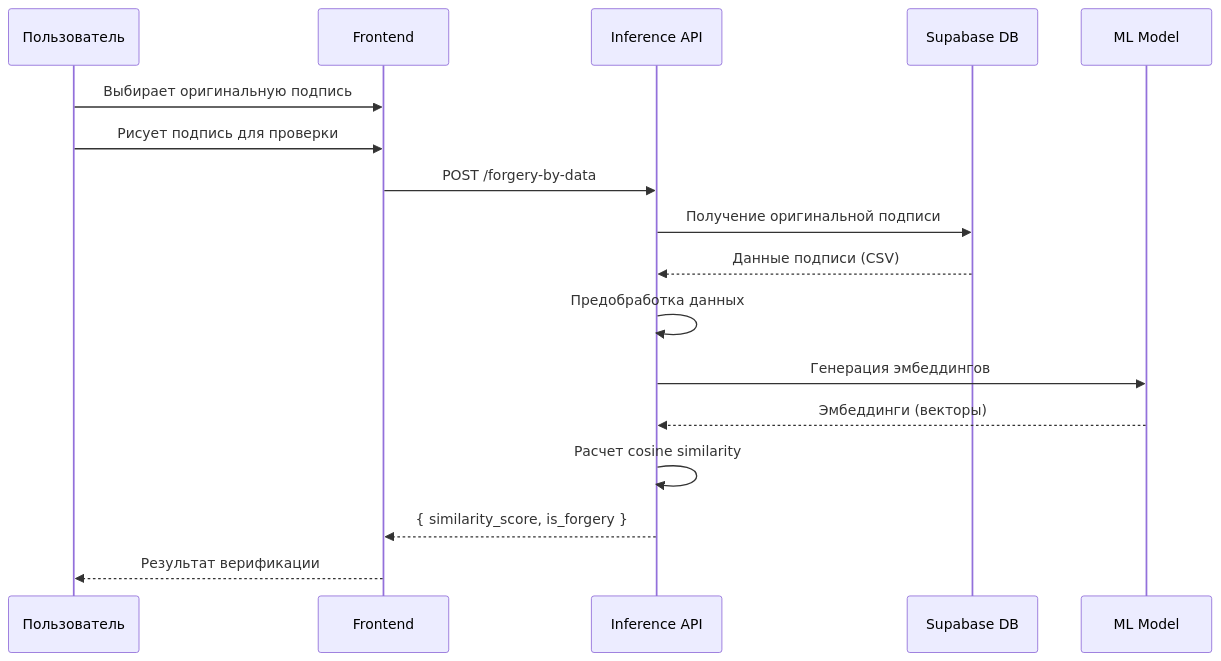
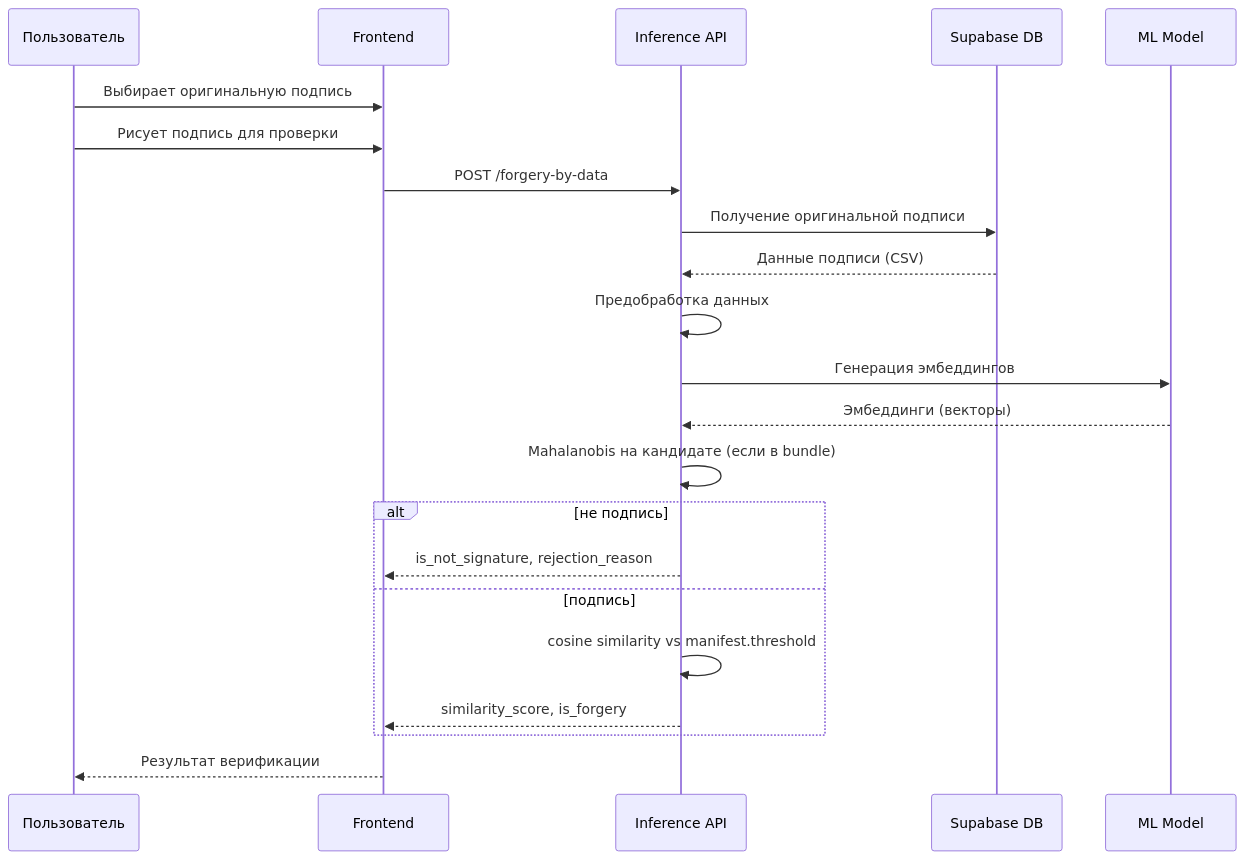
The third of 4 diagrams in docs/ARCHITECTURE.md (chisCake/your-signature-ai), drawn with Mermaid before and after one commit. The commit also changed other lines of this file and 39 other files, not shown here.

Commit message:
feat: детектор аномалий Mahalanobis, экспорт bundle (NAME), docs и UI

````diff
--- a/docs/ARCHITECTURE.md
+++ b/docs/ARCHITECTURE.md
@@ -159,20 +159,25 @@
 ```mermaid
 sequenceDiagram
     participant User as Пользователь
     participant Frontend as Frontend
     participant InferenceAPI as Inference API
     participant DB as Supabase DB
     participant Model as ML Model
     
     User->>Frontend: Выбирает оригинальную подпись
     User->>Frontend: Рисует подпись для проверки
     Frontend->>InferenceAPI: POST /forgery-by-data
     InferenceAPI->>DB: Получение оригинальной подписи
     DB-->>InferenceAPI: Данные подписи (CSV)
     InferenceAPI->>InferenceAPI: Предобработка данных
     InferenceAPI->>Model: Генерация эмбеддингов
     Model-->>InferenceAPI: Эмбеддинги (векторы)
-    InferenceAPI->>InferenceAPI: Расчет cosine similarity
-    InferenceAPI-->>Frontend: { similarity_score, is_forgery }
+    InferenceAPI->>InferenceAPI: Mahalanobis на кандидате (если в bundle)
+    alt не подпись
+        InferenceAPI-->>Frontend: is_not_signature, rejection_reason
+    else подпись
+        InferenceAPI->>InferenceAPI: cosine similarity vs manifest.threshold
+        InferenceAPI-->>Frontend: similarity_score, is_forgery
+    end
     Frontend-->>User: Результат верификации
 ```
````
